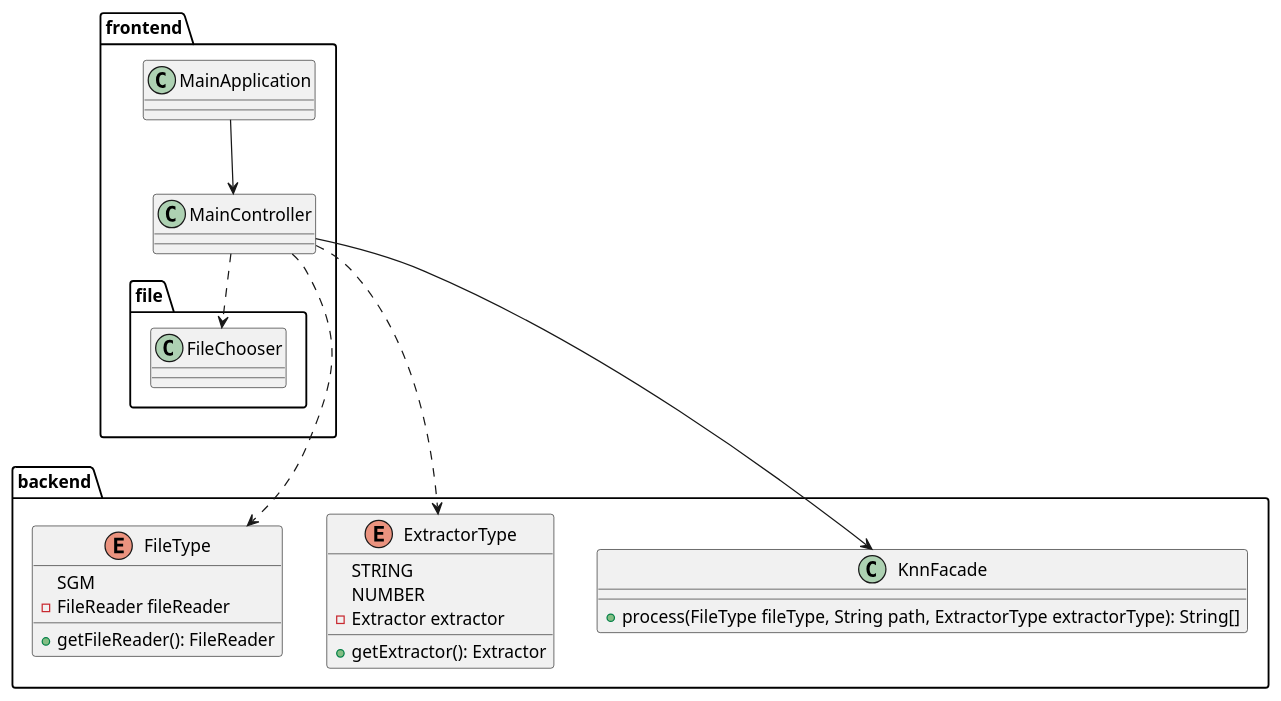
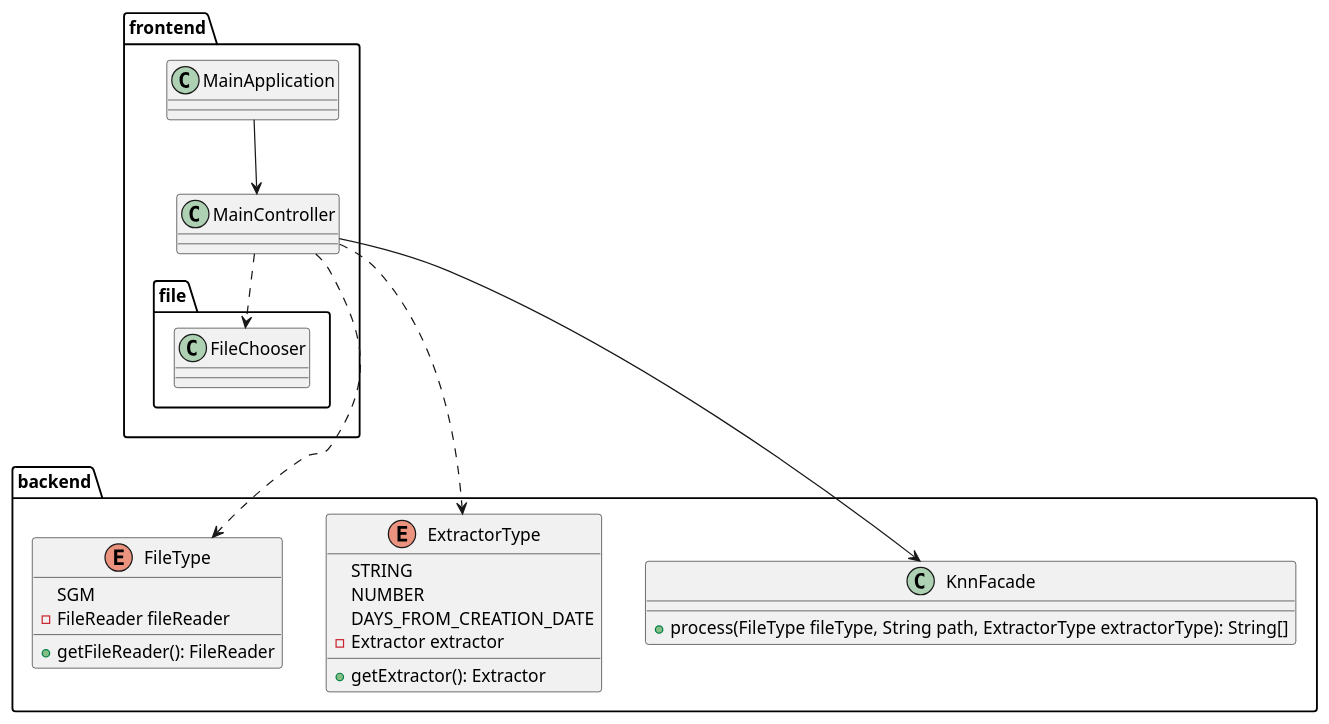
Before and after one commit to kambed/Computer-Recognition-Systems: the first of 2 diagrams in README.md, drawn with PlantUML. The commit also changed other lines of this file and 5 other files, not shown here.

Commit message:
DaysFromCreationDate with adapter

````diff
--- a/README.md
+++ b/README.md
@@ -3,30 +3,31 @@
 ```plantuml
 package frontend {
     class MainApplication
     class MainController
     package file {
         class FileChooser
     }
     MainController ..> FileChooser
     MainApplication --> MainController
 }
 package backend {
     enum FileType {
         SGM
         - FileReader fileReader
         + getFileReader(): FileReader
     }
     enum ExtractorType {
         STRING
         NUMBER
+        DAYS_FROM_CREATION_DATE
         - Extractor extractor
         + getExtractor(): Extractor
     }
     class KnnFacade {
         + process(FileType fileType, String path, ExtractorType extractorType): String[]
     }
 }
 MainController ---> KnnFacade
 MainController ..> FileType
 MainController ..> ExtractorType
 ```
````
